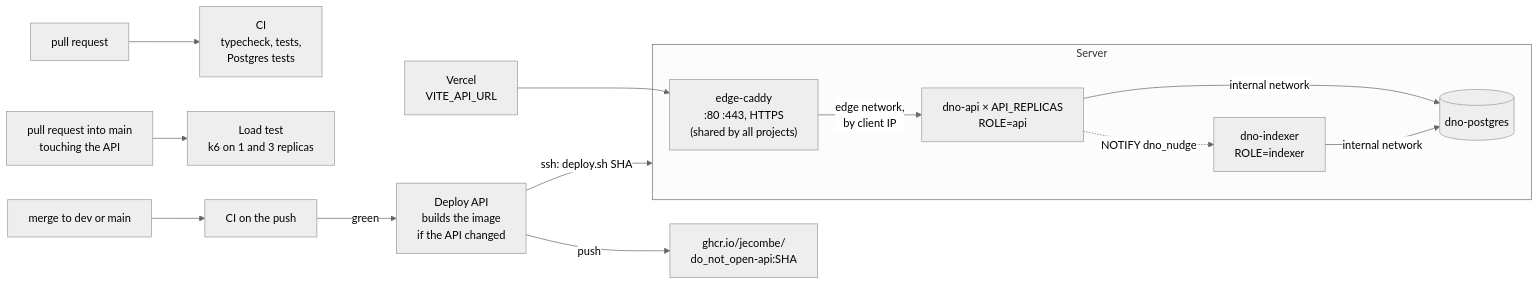
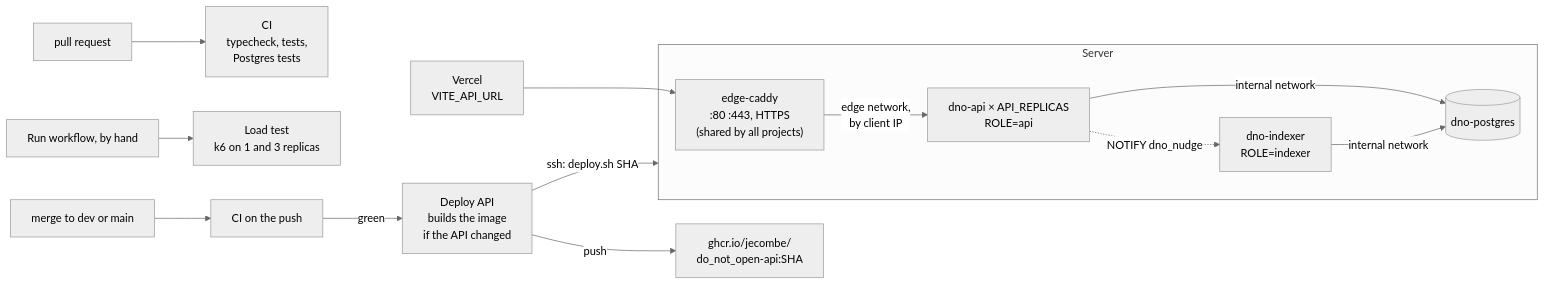
One commit to jecombe/do_not_open changed the diagram in deploy/README.md. Above: the diagram before and after it, drawn with Mermaid (neutral theme). The commit also changed other lines of this file and 4 other files, not shown here.

Commit message:
Run the k6 load test by hand only, no longer on every API pull request into main

````diff
--- a/deploy/README.md
+++ b/deploy/README.md
@@ -12,15 +12,15 @@
 ```mermaid
 flowchart LR
   pr["pull request"] --> ci["CI<br/>typecheck, tests,<br/>Postgres tests"]
-  prmain["pull request into main<br/>touching the API"] --> lt["Load test<br/>k6 on 1 and 3 replicas"]
+  hand["Run workflow, by hand"] --> lt["Load test<br/>k6 on 1 and 3 replicas"]
   merge["merge to dev or main"] --> ci2["CI on the push"] -- "green" --> wf["Deploy API<br/>builds the image<br/>if the API changed"]
   wf -- "push" --> ghcr["ghcr.io/jecombe/<br/>do_not_open-api:SHA"]
   wf -- "ssh: deploy.sh SHA" --> server
   subgraph server["Server"]
     edge["edge-caddy<br/>:80 :443, HTTPS<br/>(shared by all projects)"] -- "edge network,<br/>by client IP" --> api["dno-api × API_REPLICAS<br/>ROLE=api"]
     api -- "internal network" --> pg[(dno-postgres)]
     indexer["dno-indexer<br/>ROLE=indexer"] -- "internal network" --> pg
     api -. "NOTIFY dno_nudge" .-> indexer
   end
   vercel["Vercel<br/>VITE_API_URL"] --> edge
 ```
````
